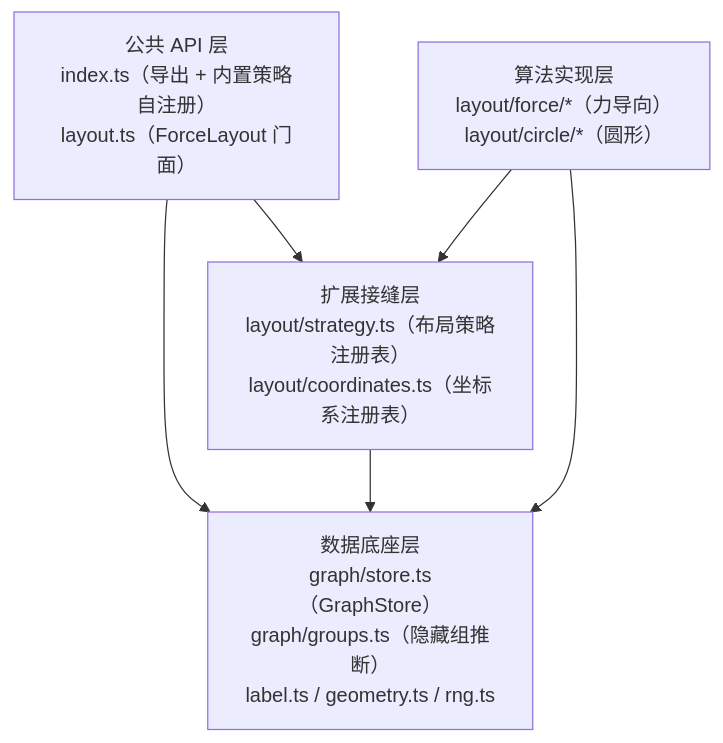
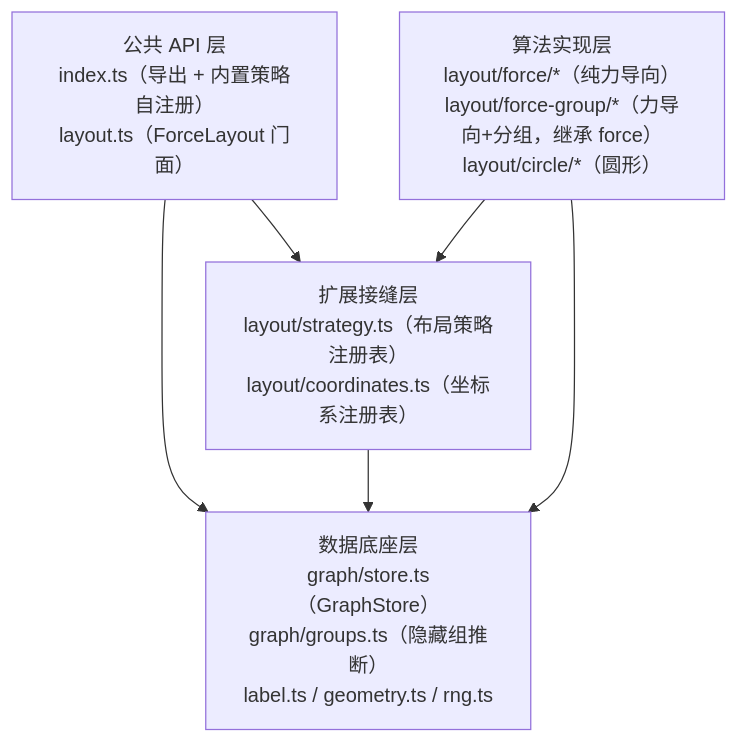
The first of 2 diagrams in doc/architecture.md (jiangjianbo/fishgraph), drawn with Mermaid before and after one commit. The commit also changed other lines of this file and 15 other files, not shown here.

````diff
--- a/doc/architecture.md
+++ b/doc/architecture.md
@@ -21,13 +21,13 @@
 ```mermaid
 graph TD
     API["公共 API 层<br/>index.ts（导出 + 内置策略自注册）<br/>layout.ts（ForceLayout 门面）"]
     SEAM["扩展接缝层<br/>layout/strategy.ts（布局策略注册表）<br/>layout/coordinates.ts（坐标系注册表）"]
     BASE["数据底座层<br/>graph/store.ts（GraphStore）<br/>graph/groups.ts（隐藏组推断）<br/>label.ts / geometry.ts / rng.ts"]
-    ALGO["算法实现层<br/>layout/force/*（力导向）<br/>layout/circle/*（圆形）"]
+    ALGO["算法实现层<br/>layout/force/*（纯力导向）<br/>layout/force-group/*（力导向+分组，继承 force）<br/>layout/circle/*（圆形）"]
 
     API --> SEAM
     API --> BASE
     SEAM --> BASE
     ALGO --> SEAM
     ALGO --> BASE
 ```
````
